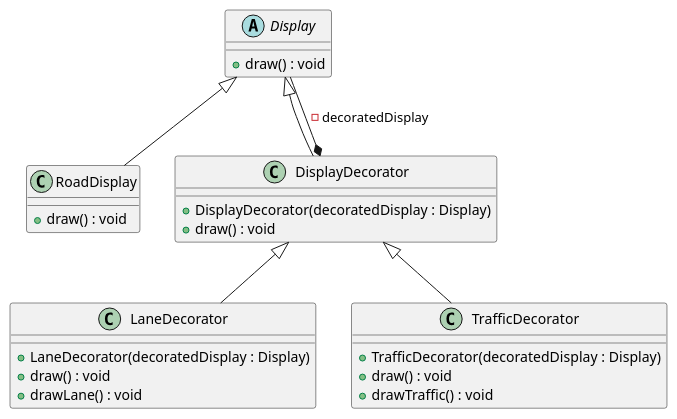
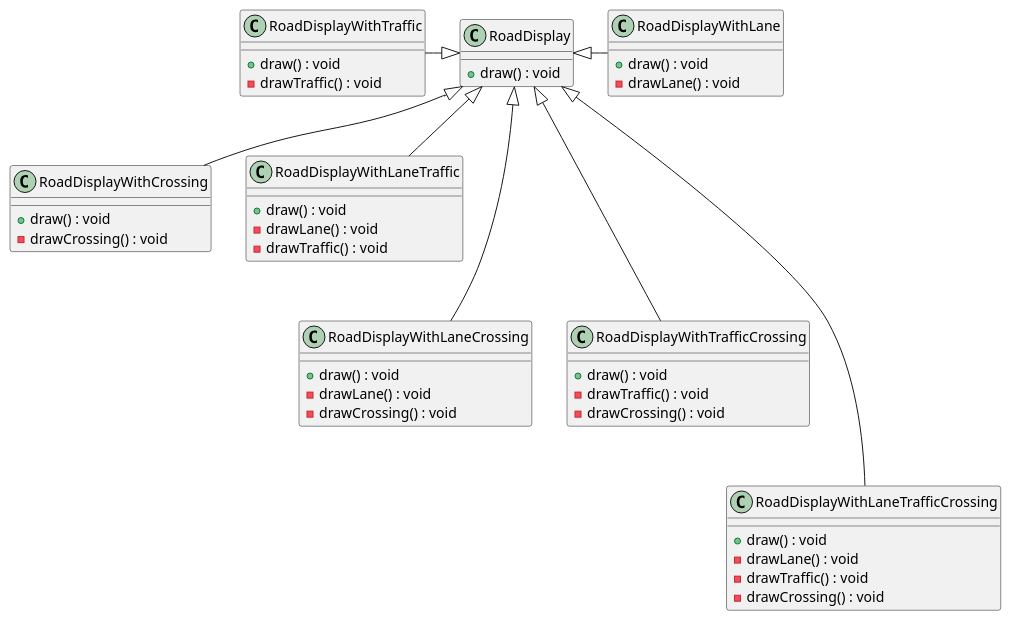
Before and after one commit to walbatrossw/java-design-patterns: the diagram in ch10-decorator-patterns/diagrams/decorator-pattern-road-class-diagram3.puml, drawn with PlantUML. The commit also changed 15 other files, not shown here.

```diff
--- a/ch10-decorator-patterns/diagrams/decorator-pattern-road-class-diagram3.puml
+++ b/ch10-decorator-patterns/diagrams/decorator-pattern-road-class-diagram3.puml
@@ -1,35 +1,56 @@
 @startuml
-
-abstract class Display {
-    + draw() : void
-}
 
 class RoadDisplay {
     + draw() : void
 }
 
-class DisplayDecorator {
-    + DisplayDecorator(decoratedDisplay : Display)
+class RoadDisplayWithLane {
     + draw() : void
+    - drawLane() : void
 }
 
-class LaneDecorator {
-    + LaneDecorator(decoratedDisplay : Display)
+class RoadDisplayWithTraffic {
     + draw() : void
-    + drawLane() : void
+    - drawTraffic() : void
 }
 
-class TrafficDecorator {
-    + TrafficDecorator(decoratedDisplay : Display)
+class RoadDisplayWithCrossing {
     + draw() : void
-    + drawTraffic() : void
+    - drawCrossing() : void
 }
 
-Display <|-- RoadDisplay
-Display <|-- DisplayDecorator
-Display --* DisplayDecorator : -decoratedDisplay
-DisplayDecorator <|-- LaneDecorator
-DisplayDecorator <|-- TrafficDecorator
+class RoadDisplayWithLaneTraffic {
+    + draw() : void
+    - drawLane() : void
+    - drawTraffic() : void
+}
+
+class RoadDisplayWithLaneCrossing {
+    + draw() : void
+    - drawLane() : void
+    - drawCrossing() : void
+}
+
+class RoadDisplayWithTrafficCrossing {
+    + draw() : void
+    - drawTraffic() : void
+    - drawCrossing() : void
+}
+
+class RoadDisplayWithLaneTrafficCrossing {
+    + draw() : void
+    - drawLane() : void
+    - drawTraffic() : void
+    - drawCrossing() : void
+}
+
+RoadDisplay <|- RoadDisplayWithLane
+RoadDisplayWithTraffic -|> RoadDisplay
+RoadDisplay <|-- RoadDisplayWithCrossing
+RoadDisplay <|-- RoadDisplayWithLaneTraffic
+RoadDisplay <|--- RoadDisplayWithLaneCrossing
+RoadDisplay <|--- RoadDisplayWithTrafficCrossing
+RoadDisplay <|---- RoadDisplayWithLaneTrafficCrossing
 
 
 @enduml
```
